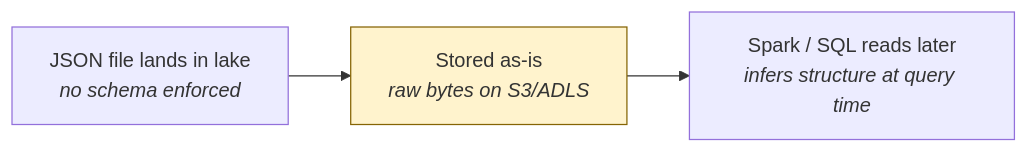
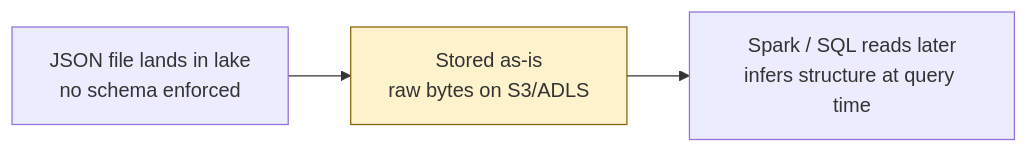
Before and after one commit to adnanrahin/adnanrahin.github.io: the second of 5 diagrams in data-architecture/data-lake.md, drawn with Mermaid. The commit also changed other lines of this file and 3 other files, not shown here.

Commit message:
updated the flowchart

````diff
--- a/data-architecture/data-lake.md
+++ b/data-architecture/data-lake.md
@@ -97,9 +94,9 @@
 ```mermaid
 flowchart LR
-    JSON["JSON file lands in lake<br/><i>no schema enforced</i>"]
-    STORE["Stored as-is<br/><i>raw bytes on S3/ADLS</i>"]
-    READ["Spark / SQL reads later<br/><i>infers structure at query time</i>"]
+    JSON["JSON file lands in lake<br/>no schema enforced"]
+    STORE["Stored as-is<br/>raw bytes on S3/ADLS"]
+    READ["Spark / SQL reads later<br/>infers structure at query time"]
     JSON --> STORE --> READ
 
     style STORE fill:#FFF3CD,stroke:#856404
 ```
````
